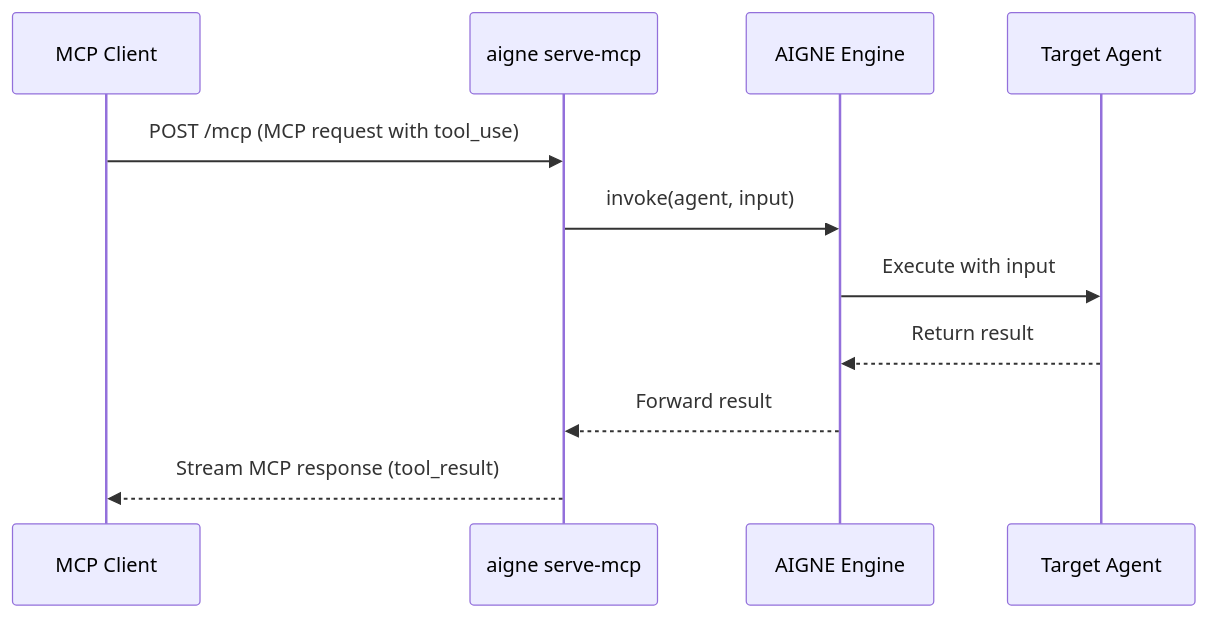
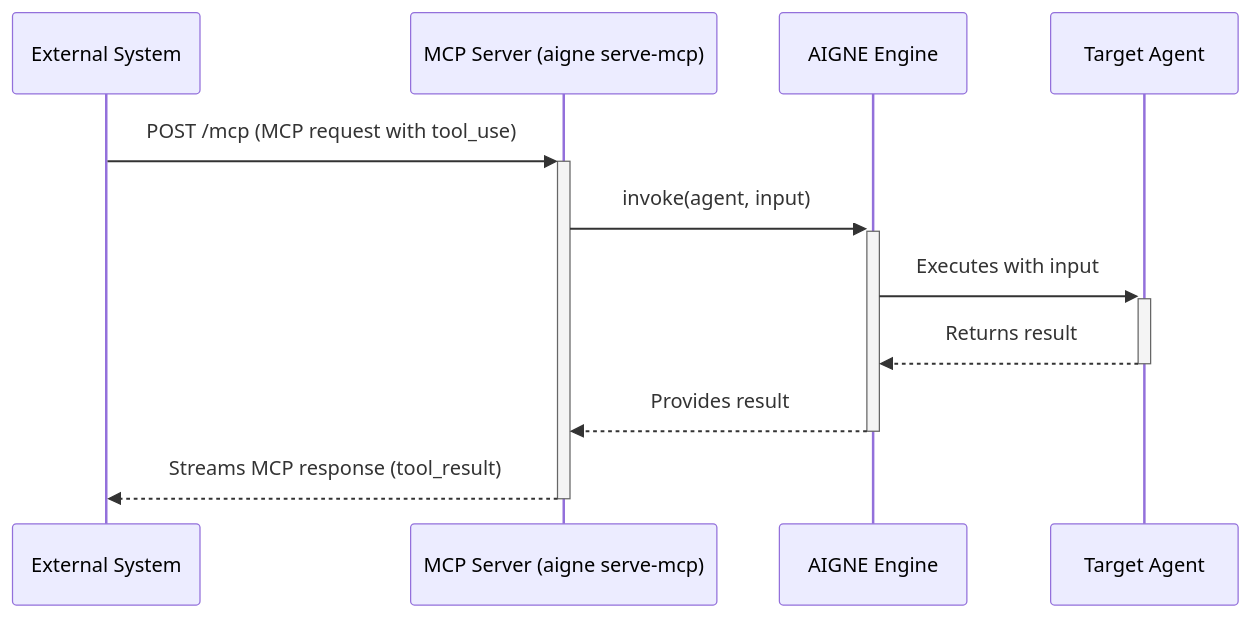
The diagram in packages/cli/docs/command-reference-serve-mcp.md (AIGNE-io/aigne-framework), drawn with Mermaid before and after one commit. The commit also changed other lines of this file and 24 other files, not shown here.

````diff
--- a/packages/cli/docs/command-reference-serve-mcp.md
+++ b/packages/cli/docs/command-reference-serve-mcp.md
@@ -28,14 +23,14 @@
 ```mermaid
 sequenceDiagram
-    participant Client as MCP Client
-    participant Server as aigne serve-mcp
+    participant Client as External System
+    participant Server as MCP Server (aigne serve-mcp)
     participant AIGNE as AIGNE Engine
     participant Agent as Target Agent
 
-    Client->>Server: POST /mcp (MCP request with tool_use)
-    Server->>AIGNE: invoke(agent, input)
-    AIGNE->>Agent: Execute with input
-    Agent-->>AIGNE: Return result
-    AIGNE-->>Server: Forward result
-    Server-->>Client: Stream MCP response (tool_result)
+    Client->>+Server: POST /mcp (MCP request with tool_use)
+    Server->>+AIGNE: invoke(agent, input)
+    AIGNE->>+Agent: Executes with input
+    Agent-->>-AIGNE: Returns result
+    AIGNE-->>-Server: Provides result
+    Server-->>-Client: Streams MCP response (tool_result)
 ```
````
